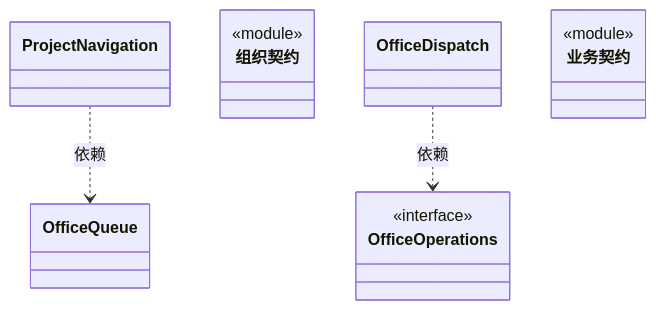
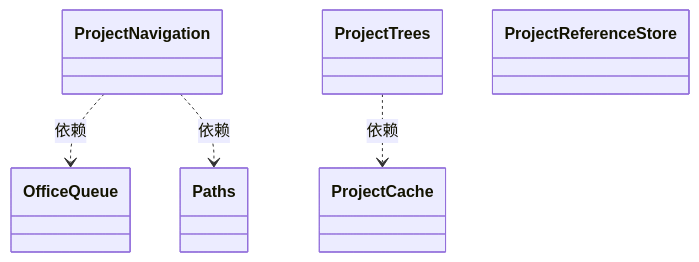
One commit to nan023062/cbim changed the fourth of 6 diagrams in src/logic/projects/ARCHITECTURE.md. Above: the diagram before and after it, drawn with Mermaid. The commit also changed other lines of this file and 113 other files, not shown here.

````diff
--- a/src/logic/projects/ARCHITECTURE.md
+++ b/src/logic/projects/ARCHITECTURE.md
@@ -133,23 +136,18 @@
 ```mermaid
 classDiagram
 class N_40641b84f8ba["OfficeQueue"]
 click N_40641b84f8ba href "office-queue.ts"
 class N_69c6c3829baf["ProjectNavigation"]
 click N_69c6c3829baf href "navigation.ts"
-class N_7a3c42967149["组织契约"] {
-  <<module>>
-}
-click N_7a3c42967149 href "organization-contract.ts"
-class N_2cbdfe74880b["OfficeDispatch"]
-click N_2cbdfe74880b href "office-dispatch.ts"
-class N_01ca12d270e4["OfficeOperations"] {
-  <<interface>>
-}
-click N_01ca12d270e4 href "office-operations.ts"
-class N_348660f3a092["业务契约"] {
-  <<module>>
-}
-click N_348660f3a092 href "business-contract.ts"
-N_2cbdfe74880b ..> N_01ca12d270e4 : 依赖
+class N_d7d68021be97["Paths"]
+click N_d7d68021be97 href "paths.ts"
+class N_0badbc3d1595["ProjectCache"]
+click N_0badbc3d1595 href "project-cache.ts"
+class N_9b95372d22d6["ProjectTrees"]
+click N_9b95372d22d6 href "project-trees.ts"
+class N_98cd573d4873["ProjectReferenceStore"]
+click N_98cd573d4873 href "project-references.ts"
+N_9b95372d22d6 ..> N_0badbc3d1595 : 依赖
 N_69c6c3829baf ..> N_40641b84f8ba : 依赖
+N_69c6c3829baf ..> N_d7d68021be97 : 依赖
 ```
````
